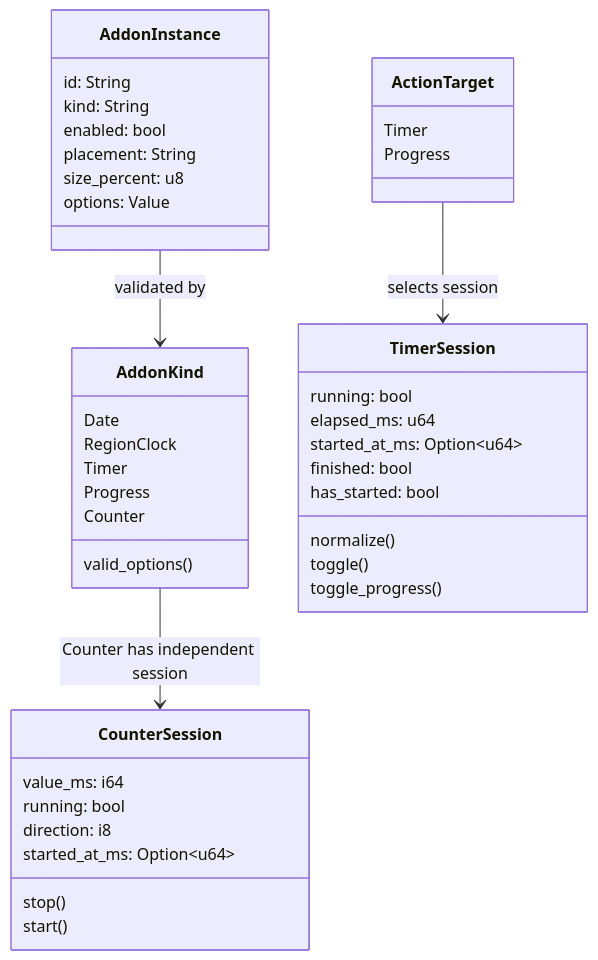
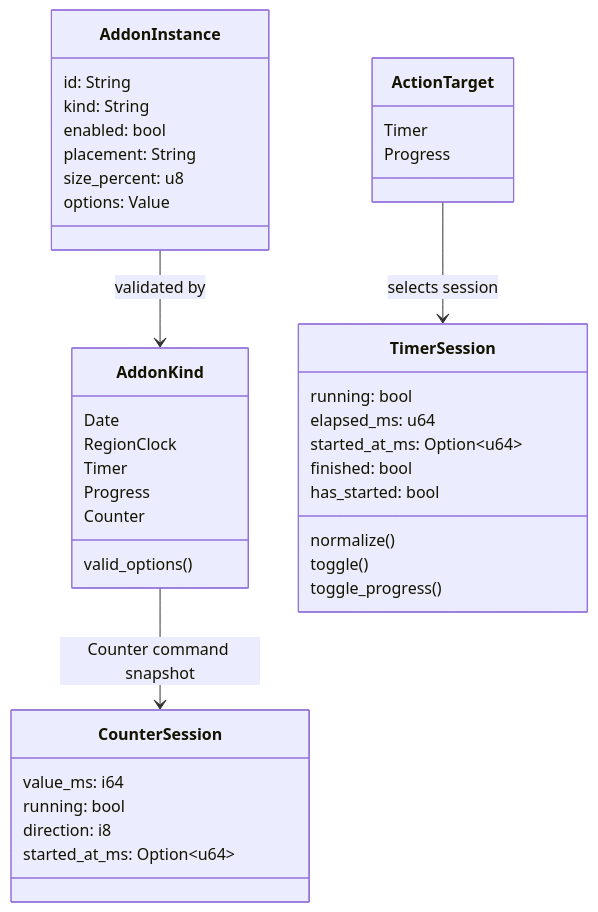
One commit to tbkmax/TopClock changed the third of 4 diagrams in src-tauri/src/addons/doc/workflow_diagram.md. Above: the diagram before and after it, drawn with Mermaid. The commit also changed other lines of this file and 55 other files, not shown here.

````diff
--- a/src-tauri/src/addons/doc/workflow_diagram.md
+++ b/src-tauri/src/addons/doc/workflow_diagram.md
@@ -63,44 +68,42 @@
 ```mermaid
 classDiagram
     class AddonInstance {
       id: String
       kind: String
       enabled: bool
       placement: String
       size_percent: u8
       options: Value
     }
     class AddonKind {
       Date
       RegionClock
       Timer
       Progress
       Counter
       valid_options()
     }
     class TimerSession {
       running: bool
       elapsed_ms: u64
       started_at_ms: Option~u64~
       finished: bool
       has_started: bool
       normalize()
       toggle()
       toggle_progress()
     }
     class ActionTarget {
       Timer
       Progress
     }
     class CounterSession {
       value_ms: i64
       running: bool
       direction: i8
       started_at_ms: Option~u64~
-      stop()
-      start()
     }
     AddonInstance --> AddonKind : validated by
     ActionTarget --> TimerSession : selects session
-    AddonKind --> CounterSession : Counter has independent session
+    AddonKind --> CounterSession : Counter command snapshot
 ```
````
